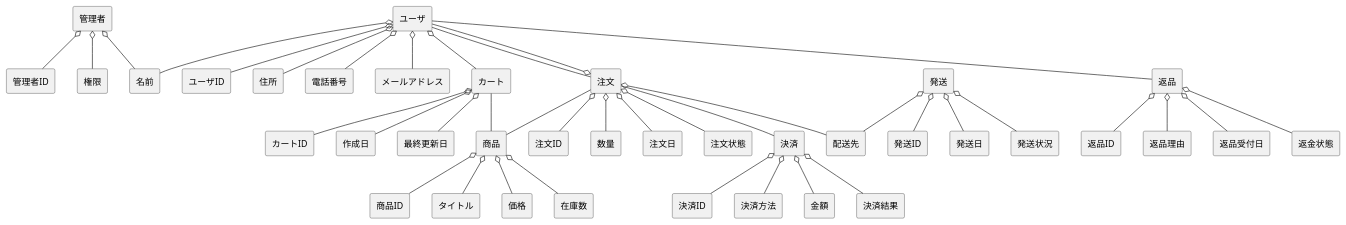
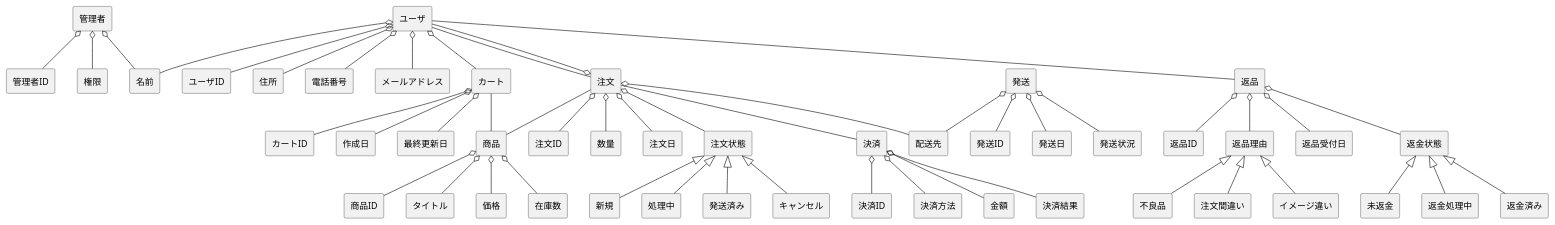
Before and after one commit to ghbuser12/ohara_uml: the diagram in BBshop/domain.pu, drawn with PlantUML.

```diff
--- a/BBshop/domain.pu
+++ b/BBshop/domain.pu
@@ -1,62 +1,78 @@
 @startuml BBショップドメインモデル図
 skinparam componentStyle rectangle
 
 ' ユーザ
-' ユーザID、名前、住所、電話番号、メールアドレス
 [ユーザ] o-- [ユーザID]
 [ユーザ] o-- [名前]
 [ユーザ] o-- [住所]
 [ユーザ] o-- [電話番号]
 [ユーザ] o-- [メールアドレス]
 [ユーザ] -- [注文]
 [ユーザ] -- [返品]
 
 ' 商品
-' 商品ID、タイトル、価格、在庫数
 [商品] o-- [商品ID]
 [商品] o-- [タイトル]
 [商品] o-- [価格]
 [商品] o-- [在庫数]
+
 ' 注文
-' 注文ID、数量、注文日、配送先、注文状態
 [注文] o-- [注文ID]
 [注文] o-- [ユーザ]
 [注文] -- [商品]
 [注文] o-- [数量]
 [注文] o-- [注文日]
 [注文] o-- [配送先]
 [注文] o-- [注文状態]
 [注文] -- [決済]
+
 ' 決済
-' 決済ID、決済方法、金額、決済結果
 [決済] o-- [決済ID]
 [決済] o-- [決済方法]
 [決済] o-- [金額]
 [決済] o-- [決済結果]
+
 ' 発送
-' 発送ID、配送先、発送日、発送状況
 [発送] o-- [発送ID]
 [発送] o-- [配送先]
 [発送] o-- [発送日]
 [発送] o-- [発送状況]
+
 ' 返品
-' 返品ID、返品理由、返品受付日、返金状態
 [返品] o-- [返品ID]
 [返品] o-- [返品理由]
 [返品] o-- [返品受付日]
 [返品] o-- [返金状態]
+
 ' 管理者
-' 管理者ID、名前、権限
 [管理者] o-- [管理者ID]
 [管理者] o-- [名前]
 [管理者] o-- [権限]
-' ===== カート機能の追加 =====
+
+' カート
 [カート] o-- [カートID]
 [カート] o-- [作成日]
 [カート] o-- [最終更新日]
 
-
-' 関連（わかりやすさのため明示）
+' 関連
 [ユーザ] o-- [カート]
 [カート] -- [商品]
+
+' ===== is-a モデル追加 =====
+' 注文状態の種類
+[注文状態] <|-- [新規]
+[注文状態] <|-- [処理中]
+[注文状態] <|-- [発送済み]
+[注文状態] <|-- [キャンセル]
+
+' 返品理由の種類
+[返品理由] <|-- [不良品]
+[返品理由] <|-- [注文間違い]
+[返品理由] <|-- [イメージ違い]
+
+' 返金状態の種類
+[返金状態] <|-- [未返金]
+[返金状態] <|-- [返金処理中]
+[返金状態] <|-- [返金済み]
+
 @enduml
```
